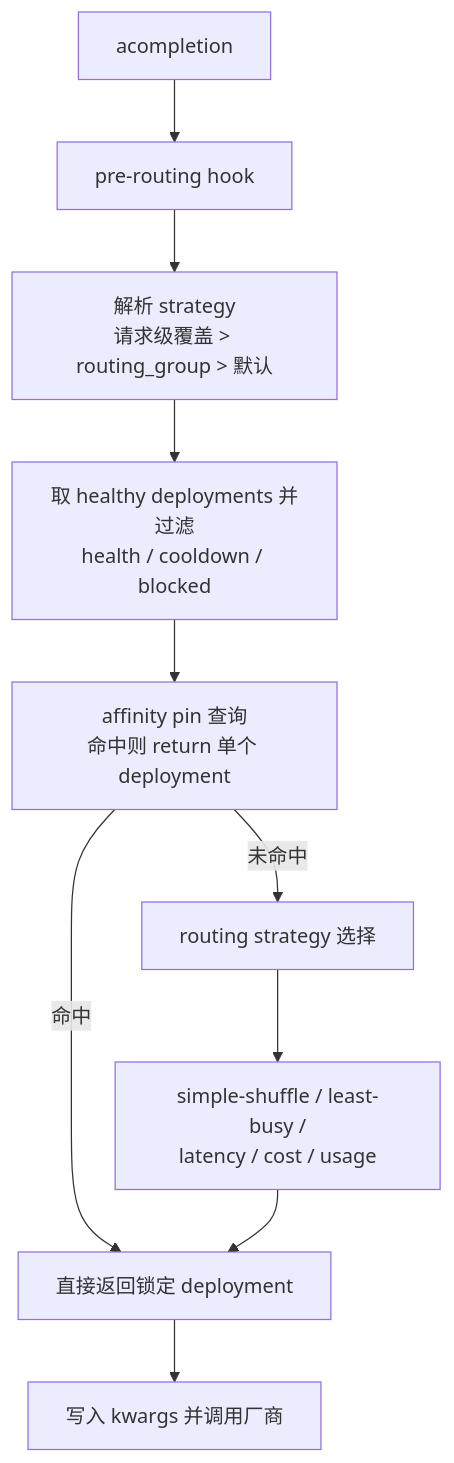
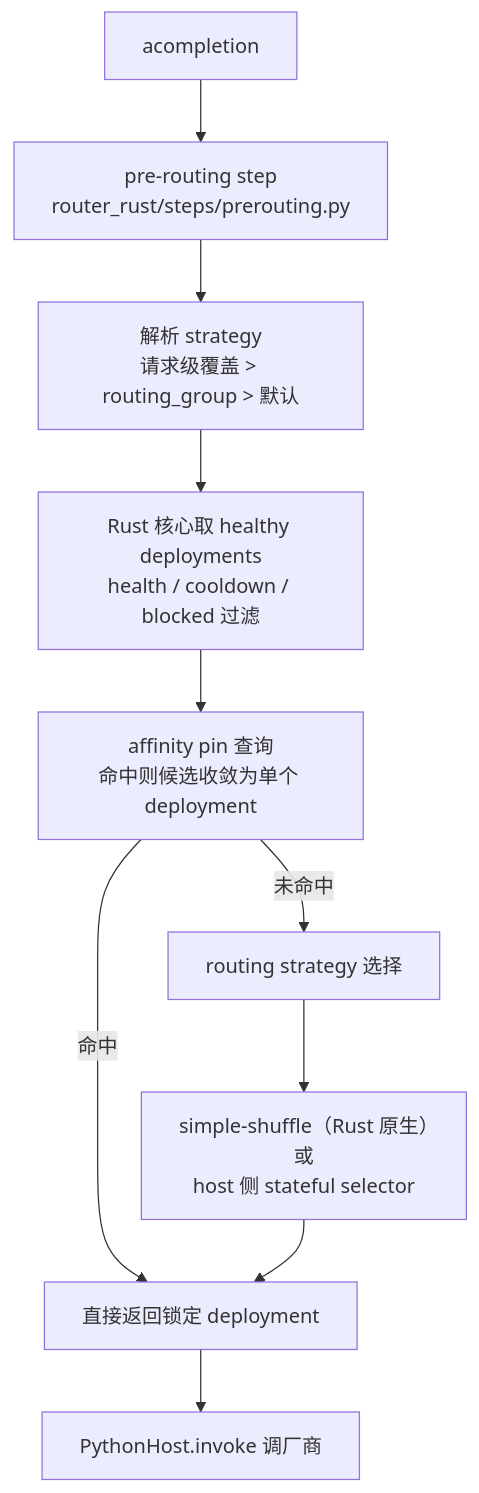
One commit to hanhanzhang/KnowAtlas changed the eighth of 13 diagrams in wiki/tech/gateway/litellm.md. Above: the diagram before and after it, drawn with Mermaid. The commit also changed other lines of this file, not shown here.

````diff
--- a/wiki/tech/gateway/litellm.md
+++ b/wiki/tech/gateway/litellm.md
@@ -422,12 +553,12 @@
 ```mermaid
 flowchart TD
-    A["acompletion"] --> B["pre-routing hook"]
+    A["acompletion"] --> B["pre-routing step<br/>router_rust/steps/prerouting.py"]
     B --> C["解析 strategy<br/>请求级覆盖 > routing_group > 默认"]
-    C --> D["取 healthy deployments 并过滤<br/>health / cooldown / blocked"]
-    D --> E["affinity pin 查询<br/>命中则 return 单个 deployment"]
+    C --> D["Rust 核心取 healthy deployments<br/>health / cooldown / blocked 过滤"]
+    D --> E["affinity pin 查询<br/>命中则候选收敛为单个 deployment"]
     E -->|"命中"| H["直接返回锁定 deployment"]
     E -->|"未命中"| F["routing strategy 选择"]
-    F --> G["simple-shuffle / least-busy /<br/>latency / cost / usage"]
+    F --> G["simple-shuffle（Rust 原生）或<br/>host 侧 stateful selector"]
     G --> H
-    H --> I["写入 kwargs 并调用厂商"]
+    H --> I["PythonHost.invoke 调厂商"]
 ```
````
